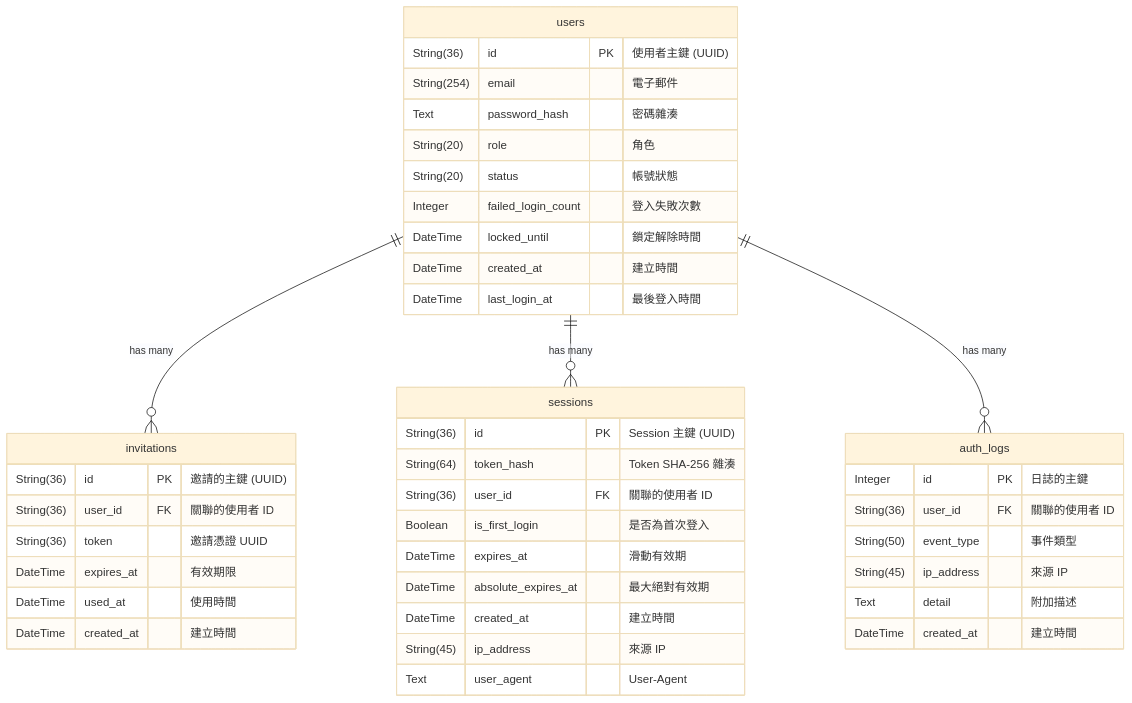
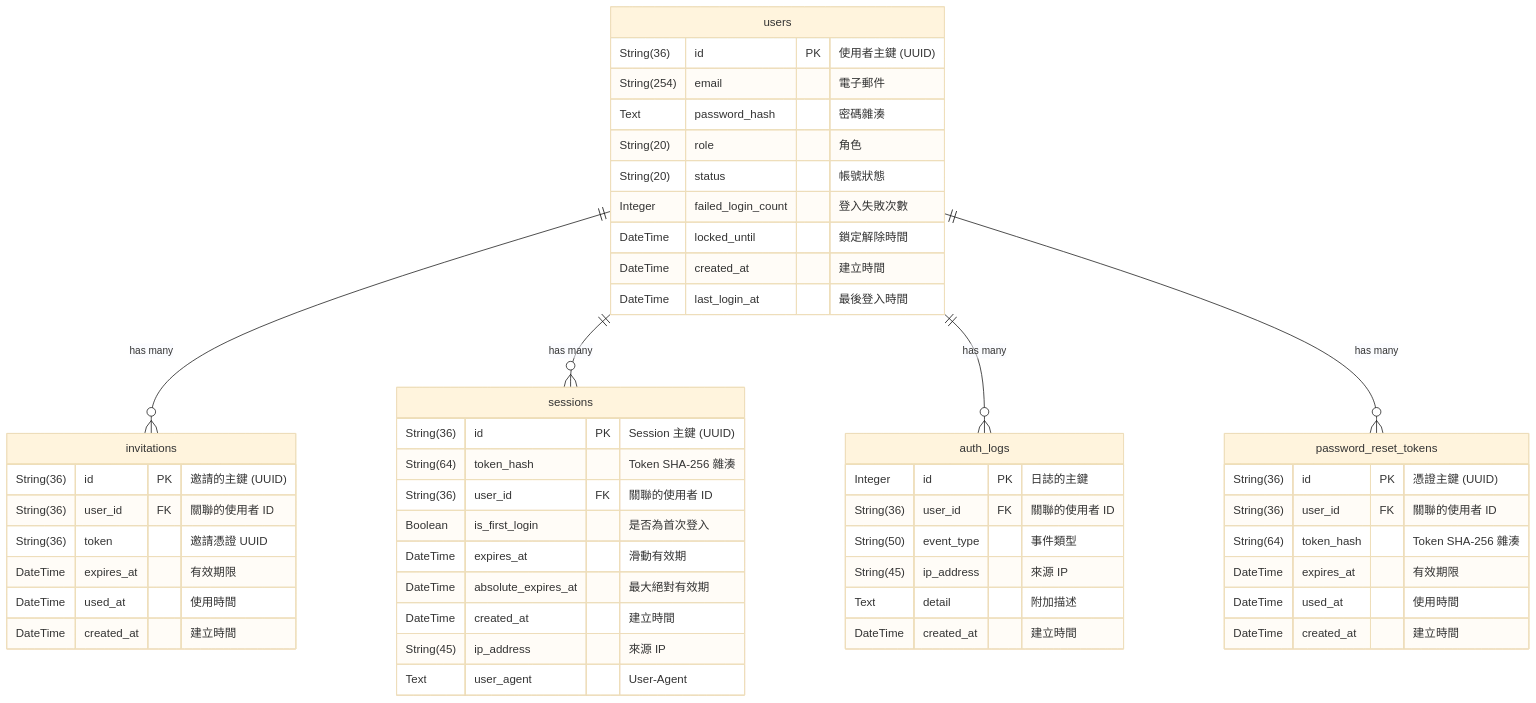
Before and after one commit to mfhsieh/link-checker: the first of 2 diagrams in doc/db_schema.md, drawn with Mermaid (base theme). The commit also changed other lines of this file and 47 other files, not shown here.

````diff
--- a/doc/db_schema.md
+++ b/doc/db_schema.md
@@ -28,48 +28,58 @@
 ```mermaid
 erDiagram
     users ||--o{ invitations : "has many"
     users ||--o{ sessions : "has many"
     users ||--o{ auth_logs : "has many"
+    users ||--o{ password_reset_tokens : "has many"
 
     users {
         String(36) id PK "使用者主鍵 (UUID)"
         String(254) email "電子郵件"
         Text password_hash "密碼雜湊"
         String(20) role "角色"
         String(20) status "帳號狀態"
         Integer failed_login_count "登入失敗次數"
         DateTime locked_until "鎖定解除時間"
         DateTime created_at "建立時間"
         DateTime last_login_at "最後登入時間"
     }
 
     invitations {
         String(36) id PK "邀請的主鍵 (UUID)"
         String(36) user_id FK "關聯的使用者 ID"
         String(36) token "邀請憑證 UUID"
         DateTime expires_at "有效期限"
         DateTime used_at "使用時間"
         DateTime created_at "建立時間"
     }
 
     sessions {
         String(36) id PK "Session 主鍵 (UUID)"
         String(64) token_hash "Token SHA-256 雜湊"
         String(36) user_id FK "關聯的使用者 ID"
         Boolean is_first_login "是否為首次登入"
         DateTime expires_at "滑動有效期"
         DateTime absolute_expires_at "最大絕對有效期"
         DateTime created_at "建立時間"
         String(45) ip_address "來源 IP"
         Text user_agent "User-Agent"
     }
 
+    password_reset_tokens {
+        String(36) id PK "憑證主鍵 (UUID)"
+        String(36) user_id FK "關聯的使用者 ID"
+        String(64) token_hash "Token SHA-256 雜湊"
+        DateTime expires_at "有效期限"
+        DateTime used_at "使用時間"
+        DateTime created_at "建立時間"
+    }
+
     auth_logs {
         Integer id PK "日誌的主鍵"
         String(36) user_id FK "關聯的使用者 ID"
         String(50) event_type "事件類型"
         String(45) ip_address "來源 IP"
         Text detail "附加描述"
         DateTime created_at "建立時間"
     }
 ```
````
